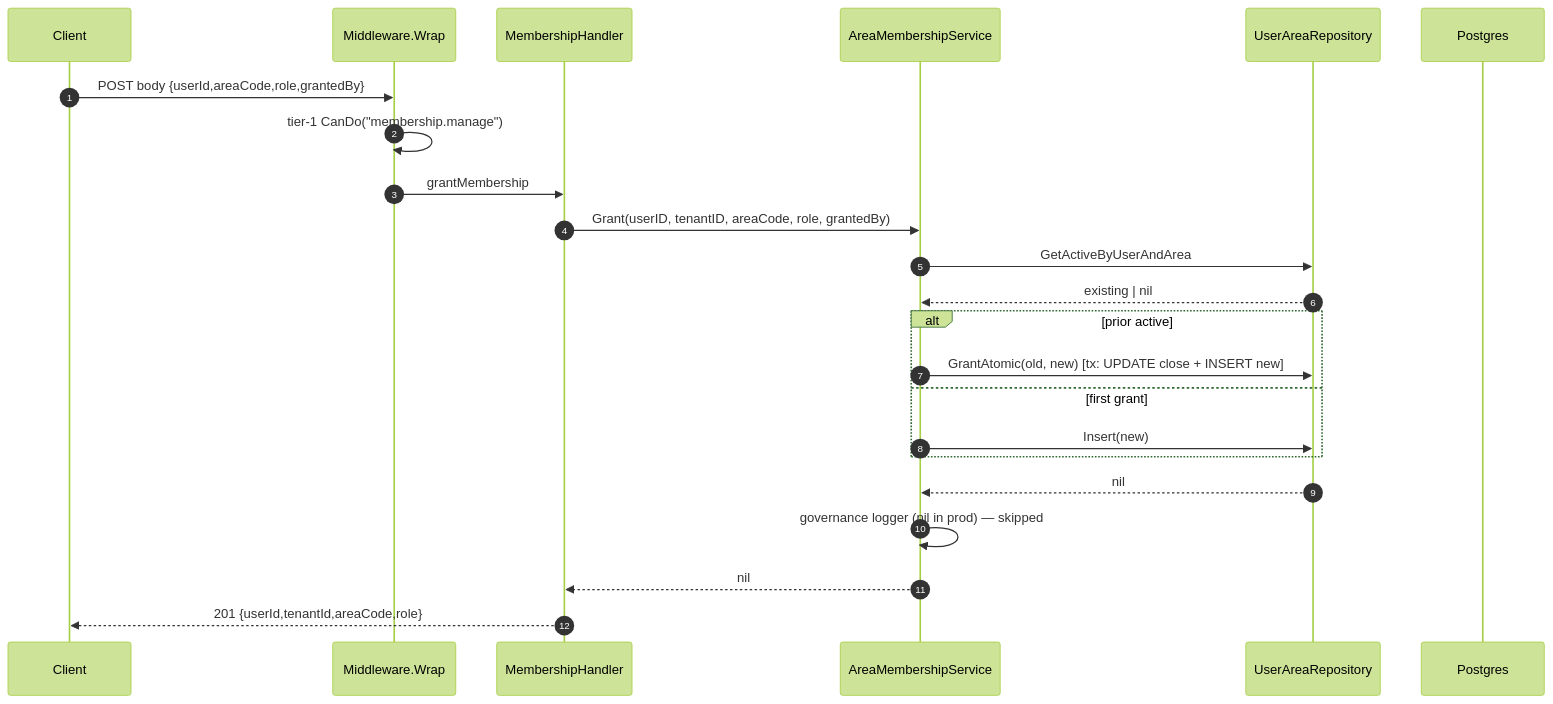
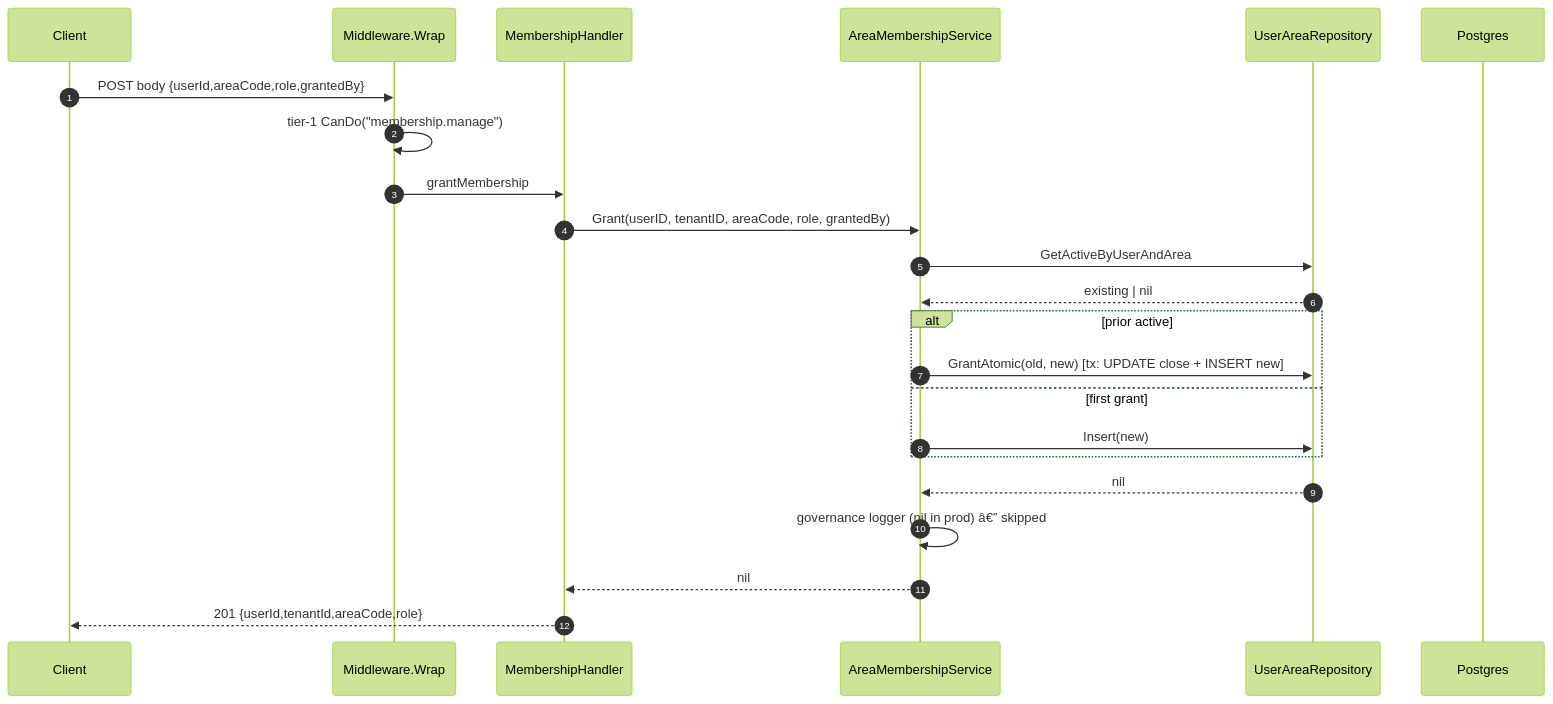
The fourth of 5 diagrams in wiki/modules/iam.md (developmentconexus-ops/MetalDocs), drawn with Mermaid (forest theme) before and after one commit. The commit also changed other lines of this file and 12 other files, not shown here.

````diff
--- a/wiki/modules/iam.md
+++ b/wiki/modules/iam.md
@@ -246,25 +246,25 @@
 ```mermaid
 sequenceDiagram
     autonumber
     participant C as Client
     participant MW as Middleware.Wrap
     participant H as MembershipHandler
     participant S as AreaMembershipService
     participant R as UserAreaRepository
     participant DB as Postgres
     C->>MW: POST body {userId,areaCode,role,grantedBy}
     MW->>MW: tier-1 CanDo("membership.manage")
     MW->>H: grantMembership
     H->>S: Grant(userID, tenantID, areaCode, role, grantedBy)
     S->>R: GetActiveByUserAndArea
     R-->>S: existing | nil
     alt prior active
         S->>R: GrantAtomic(old, new) [tx: UPDATE close + INSERT new]
     else first grant
         S->>R: Insert(new)
     end
     R-->>S: nil
-    S->>S: governance logger (nil in prod) — skipped
+    S->>S: governance logger (nil in prod) â€” skipped
     S-->>H: nil
     H-->>C: 201 {userId,tenantId,areaCode,role}
 ```
````
